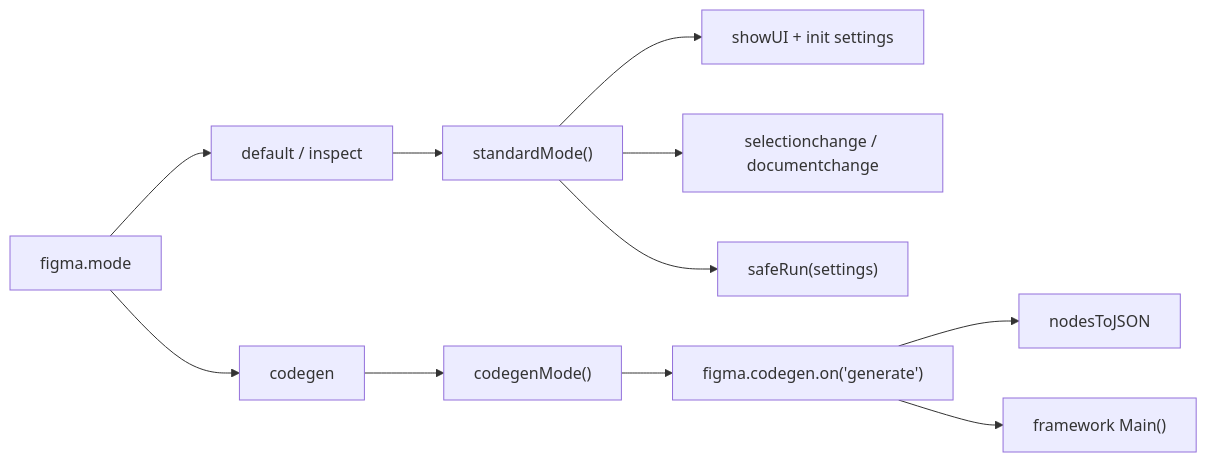
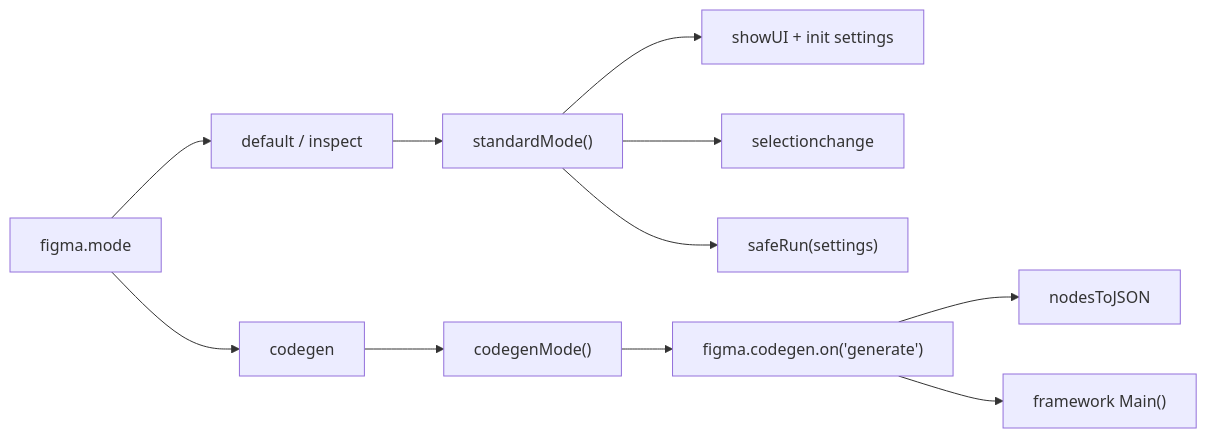
Before and after one commit to CodeByStella/FIGMA2CODE: the second of 10 diagrams in docs/logic.md, drawn with Mermaid. The commit also changed other lines of this file and 15 other files, not shown here.

````diff
--- a/docs/logic.md
+++ b/docs/logic.md
@@ -43,15 +44,15 @@
 ```mermaid
 flowchart LR
   Start["figma.mode"] --> Default["default / inspect"]
   Start --> Codegen["codegen"]
 
   Default --> Standard["standardMode()"]
   Standard --> ShowUI["showUI + init settings"]
-  Standard --> Listen["selectionchange / documentchange"]
+  Standard --> Listen["selectionchange"]
   Standard --> SafeRun["safeRun(settings)"]
 
   Codegen --> CG["codegenMode()"]
   CG --> OnGen["figma.codegen.on('generate')"]
   OnGen --> NodesJSON["nodesToJSON"]
   OnGen --> Emit["framework Main()"]
 ```
````
